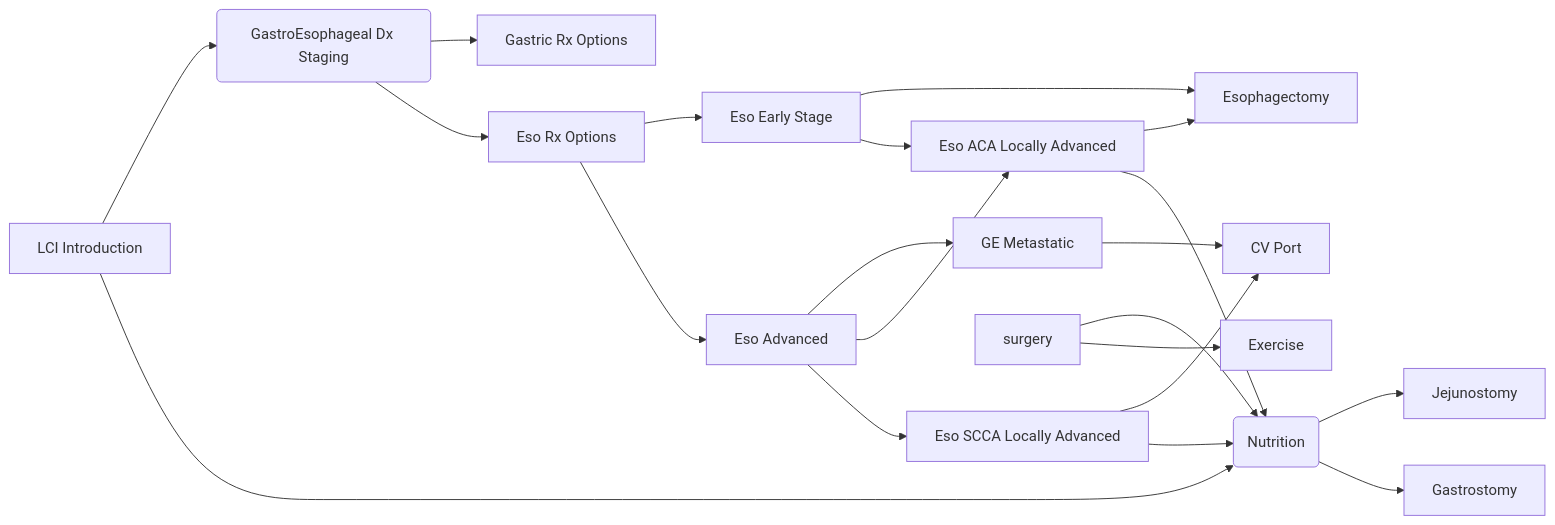
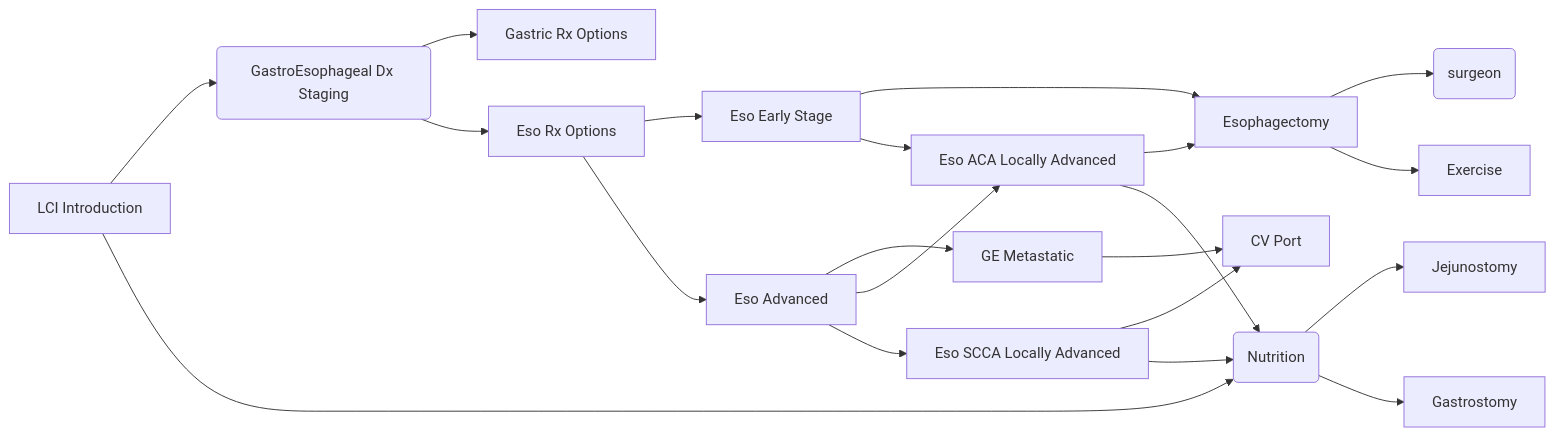
The diagram in patient_education_plan.qmd (jcsalo/patient_education), drawn with Mermaid before and after one commit. The commit also changed 1 other file, not shown here.

````diff
--- a/patient_education_plan.qmd
+++ b/patient_education_plan.qmd
@@ -9,54 +9,54 @@
 ```{mermaid}
 flowchart LR
 A[LCI Introduction] -->B(GastroEsophageal Dx Staging)
 A-->nutrition(Nutrition)
 
 B--> C[Gastric Rx Options]
 B--> D[Eso Rx Options]
 
 D-->E[Eso Early Stage]
 D-->F[Eso Advanced]
 
 
 E-->eso_surgery[Esophagectomy]
 E-->J[Eso ACA Locally Advanced]
 
 F-->I[GE Metastatic]
 F-->J
 F-->K[Eso SCCA Locally Advanced]
 
 nutrition--> jejunostomy[Jejunostomy]
 nutrition--> gastrostomy[Gastrostomy]
 
 I-->L[CV Port]
 
 K-->L
 K-->nutrition
 
 J -->eso_surgery[Esophagectomy]
 J -->nutrition
 
 exercise[Exercise]
 
-surgery-->nutrition
-surgery-->exercise
+eso_surgery-->surgeon(surgeon)
+eso_surgery-->exercise
 
 click A "lci_intro.html"
 click B "ge_dx_staging.html"
 click C "gastric_rx_options.html"
 click D "eso_rx_options.html"
 click E "eso_advanced.html"
 click F "eso_advanced.html"
 click G "endoscopic_rx.html"
 click eso_surgery "eso_surgery.html"
 click I "ge_metastatic.html"
 click J "eso_aca_locally_advanced.html"
 click K "eso_scca_locally_advanced.html"
 click L "cv_port.html"
 click nutrition "nutrition.html"
 click jejunostomy "jejunostomy.html"
 click gastrostomy "gastrostomy.html"
 click exercise "exercise.html"
 
 
 ```
````
